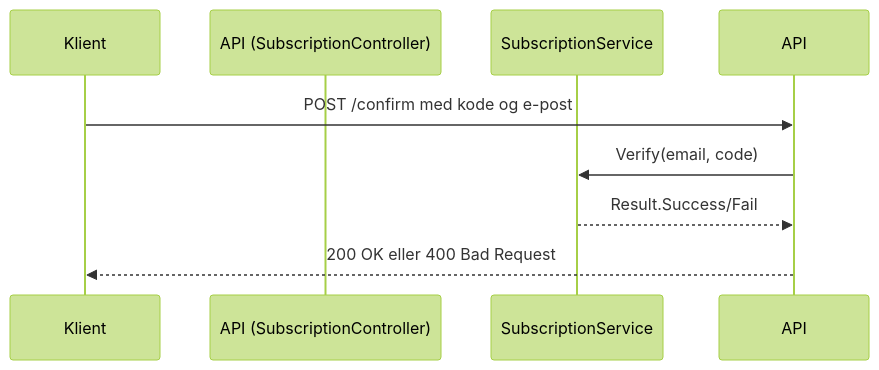
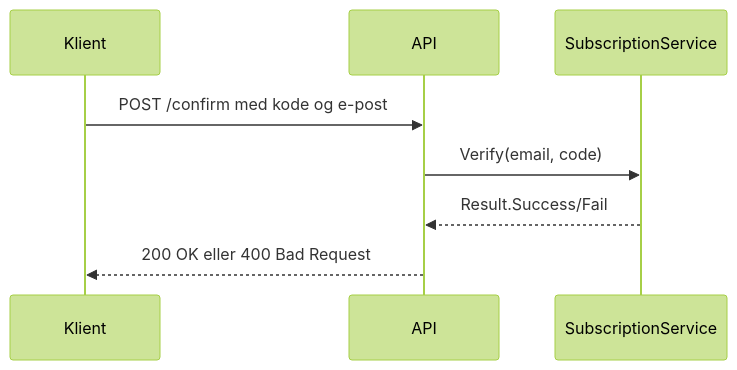
The second of 2 diagrams in README.md (Emsaso/GetNews), drawn with Mermaid (forest theme) before and after one commit. The commit also changed 2 other files, not shown here.

````diff
--- a/README.md
+++ b/README.md
@@ -103,11 +103,11 @@
 ```mermaid
 sequenceDiagram
     participant Klient
-    participant API (SubscriptionController)
+    participant API 
     participant SubscriptionService
 
     Klient->>API: POST /confirm med kode og e-post
     API->>SubscriptionService: Verify(email, code)
     SubscriptionService-->>API: Result.Success/Fail
     API-->>Klient: 200 OK eller 400 Bad Request
 ```
````
